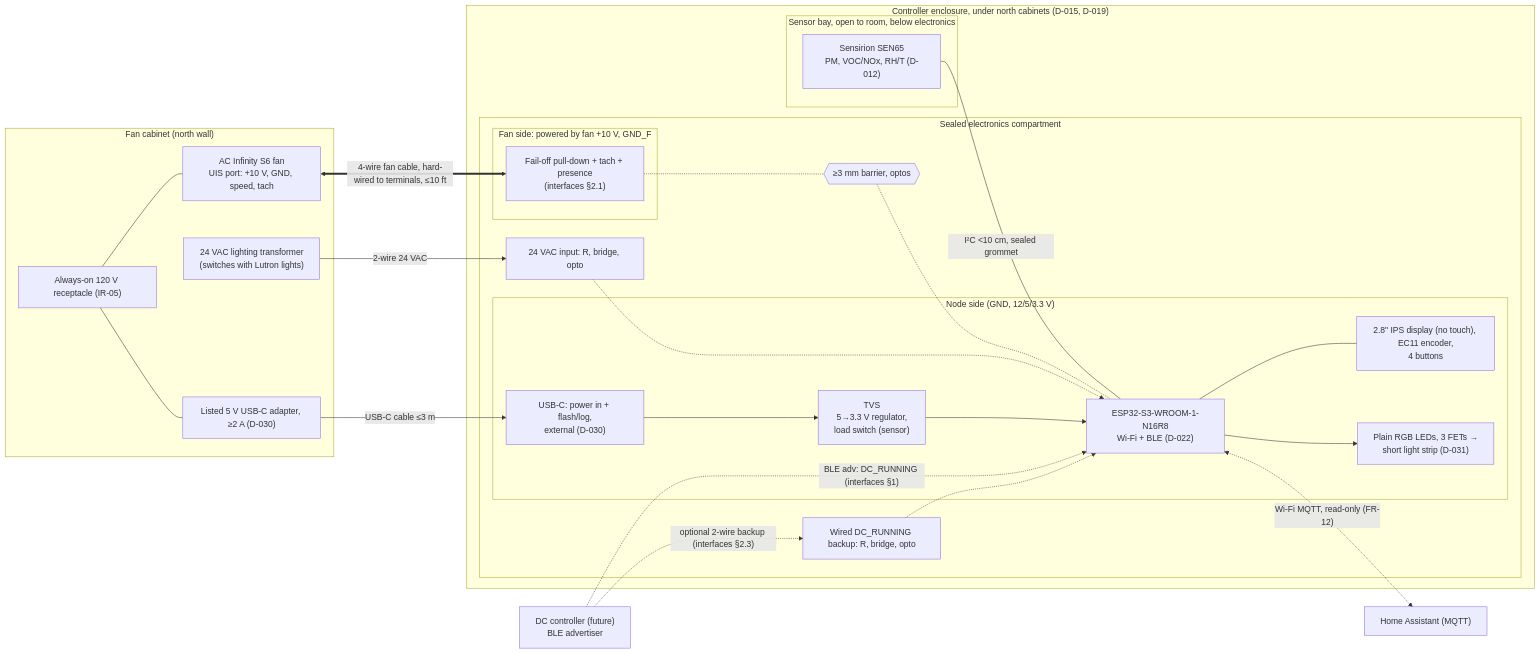
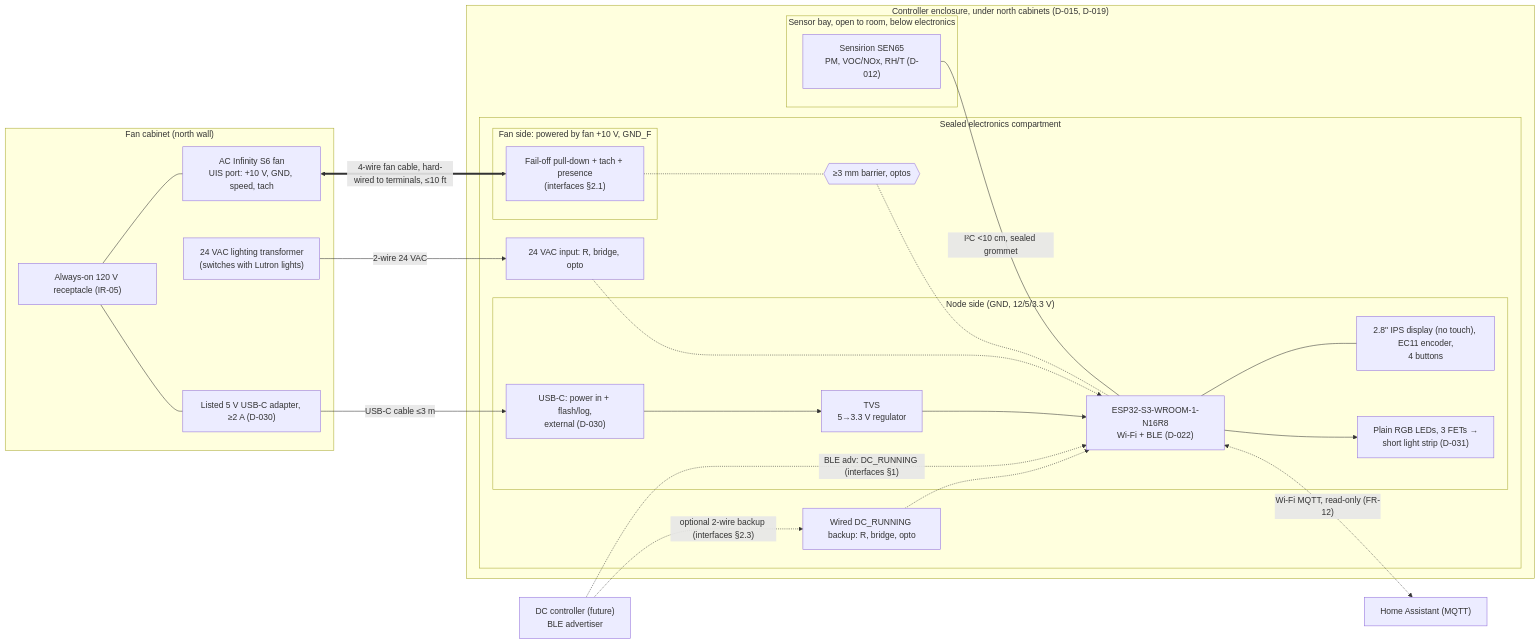
Before and after one commit to metcalf/shop-exhaust-control: the diagram in docs/architecture.md, drawn with Mermaid. The commit also changed other lines of this file and 16 other files, not shown here.

````diff
--- a/docs/architecture.md
+++ b/docs/architecture.md
@@ -9,46 +9,46 @@
 ```mermaid
 flowchart LR
   subgraph CAB["Fan cabinet (north wall)"]
     REC["Always-on 120 V receptacle (IR-05)"]
     S6["AC Infinity S6 fan<br/>UIS port: +10 V, GND, speed, tach"]
     XFMR["24 VAC lighting transformer<br/>(switches with Lutron lights)"]
     PSU["Listed 5 V USB-C adapter, ≥2 A (D-030)"]
     REC --- S6
     REC --- PSU
   end
 
   subgraph ENC["Controller enclosure, under north cabinets (D-015, D-019)"]
     subgraph EC["Sealed electronics compartment"]
       subgraph FS["Fan side: powered by fan +10 V, GND_F"]
         FAN_IF["Fail-off pull-down + tach + presence<br/>(interfaces §2.1)"]
       end
       BAR1{{"≥3 mm barrier, optos"}}
       subgraph NODE["Node side (GND, 12/5/3.3 V)"]
         MCU["ESP32-S3-WROOM-1-N16R8<br/>Wi-Fi + BLE (D-022)"]
-        PWR["TVS<br/>5→3.3 V regulator,<br/>load switch (sensor)"]
+        PWR["TVS<br/>5→3.3 V regulator"]
         PANEL["2.8&quot; IPS display (no touch), EC11 encoder,<br/>4 buttons"]
         LEDS["Plain RGB LEDs, 3 FETs →<br/>short light strip (D-031)"]
         USB["USB-C: power in + flash/log,<br/>external (D-030)"]
       end
       OCC_IF["24 VAC input: R, bridge, opto"]
       DC_IF["Wired DC_RUNNING backup: R, bridge, opto"]
     end
     subgraph BAY["Sensor bay, open to room, below electronics"]
       SEN["Sensirion SEN65<br/>PM, VOC/NOx, RH/T (D-012)"]
     end
   end
 
   DC["DC controller (future)<br/>BLE advertiser"]
   HA["Home Assistant (MQTT)"]
 
   S6 <== "4-wire fan cable, hard-wired to terminals, ≤10 ft" ==> FAN_IF
   FAN_IF -.- BAR1 -.- MCU
   XFMR -- "2-wire 24 VAC" --> OCC_IF -.-> MCU
   PSU -- "USB-C cable ≤3 m" --> USB --> PWR --> MCU
   SEN -- "I²C <10 cm, sealed grommet" --- MCU
   MCU --- PANEL
   MCU --> LEDS
   DC -. "BLE adv: DC_RUNNING (interfaces §1)" .-> MCU
   DC -. "optional 2-wire backup (interfaces §2.3)" .-> DC_IF -.-> MCU
   MCU <-. "Wi-Fi MQTT, read-only (FR-12)" .-> HA
 ```
````
